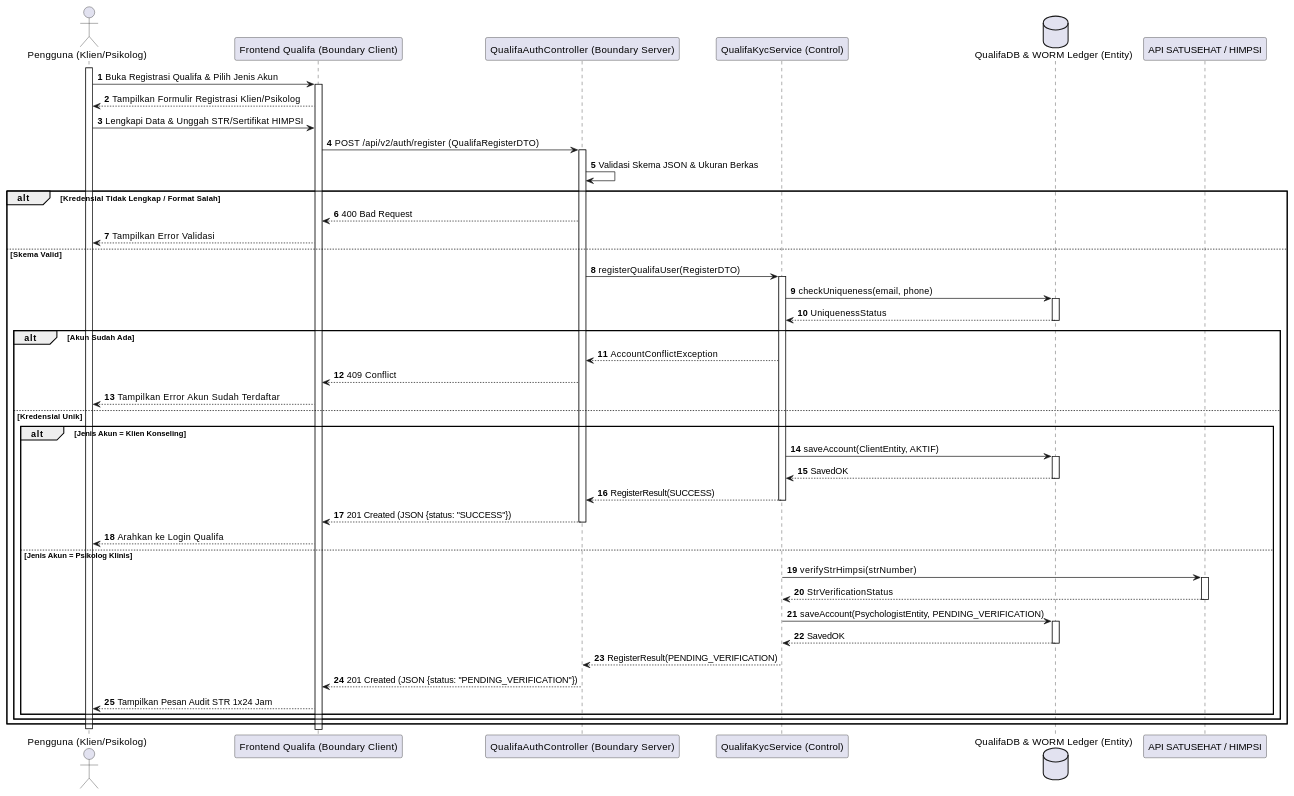
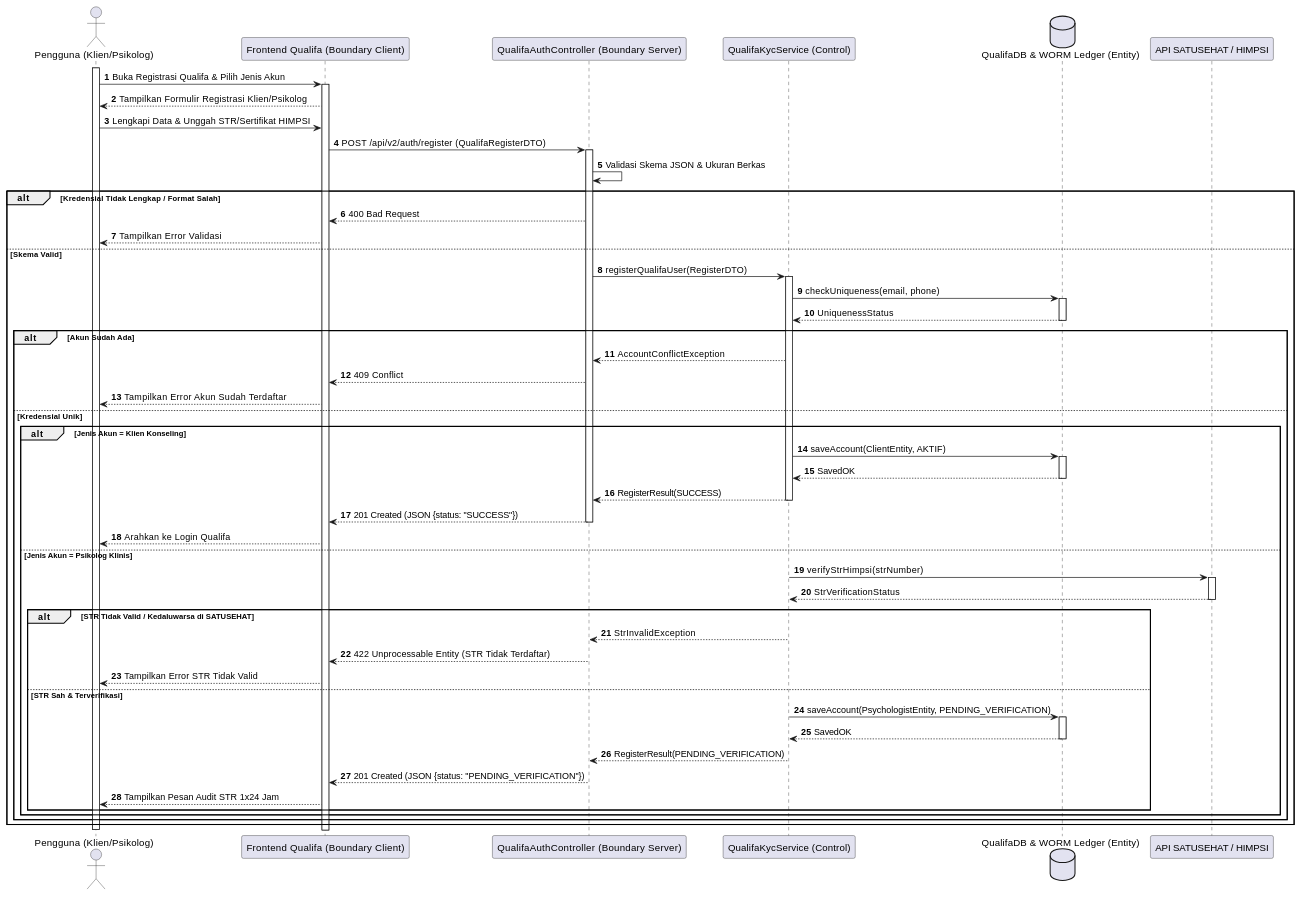
One commit to tupperwureism/SuperApp-Gagal changed diagram 17 of 28 in MarkDown/plantuml_sequence_diagrams.md. Above: the diagram before and after it, drawn with PlantUML. The commit also changed other lines of this file and 1 other file, not shown here.

Commit message:
feat(sequence-diagrams): achieve 100% 1-to-1 branch fidelity between Sequence Diagrams and Activity Diagrams with 5-Lifeline BCE

````diff
--- a/MarkDown/plantuml_sequence_diagrams.md
+++ b/MarkDown/plantuml_sequence_diagrams.md
@@ -679,50 +749,57 @@
 ```plantuml
 @startuml
 autonumber
 actor "Pengguna (Klien/Psikolog)" as User
 participant "Frontend Qualifa (Boundary Client)" as B_FE
 participant "QualifaAuthController (Boundary Server)" as B_BE
 participant "QualifaKycService (Control)" as C_Svc
 database "QualifaDB & WORM Ledger (Entity)" as E_DB
 participant "API SATUSEHAT / HIMPSI" as Ext
 
 activate User
 User -> B_FE ++ : Buka Registrasi Qualifa & Pilih Jenis Akun
 B_FE --> User : Tampilkan Formulir Registrasi Klien/Psikolog
 User -> B_FE : Lengkapi Data & Unggah STR/Sertifikat HIMPSI
 B_FE -> B_BE ++ : POST /api/v2/auth/register (QualifaRegisterDTO)
 B_BE -> B_BE : Validasi Skema JSON & Ukuran Berkas
 
 alt Kredensial Tidak Lengkap / Format Salah
     B_BE --> B_FE : 400 Bad Request
     B_FE --> User : Tampilkan Error Validasi
 else Skema Valid
     B_BE -> C_Svc ++ : registerQualifaUser(RegisterDTO)
     C_Svc -> E_DB ++ : checkUniqueness(email, phone)
     E_DB --> C_Svc -- : UniquenessStatus
 
     alt Akun Sudah Ada
         C_Svc --> B_BE : AccountConflictException
         B_BE --> B_FE : 409 Conflict
         B_FE --> User : Tampilkan Error Akun Sudah Terdaftar
     else Kredensial Unik
         alt Jenis Akun = Klien Konseling
             C_Svc -> E_DB ++ : saveAccount(ClientEntity, AKTIF)
             E_DB --> C_Svc -- : SavedOK
             C_Svc --> B_BE -- : RegisterResult(SUCCESS)
             B_BE --> B_FE -- : 201 Created (JSON {status: "SUCCESS"})
             B_FE --> User : Arahkan ke Login Qualifa
         else Jenis Akun = Psikolog Klinis
             C_Svc -> Ext ++ : verifyStrHimpsi(strNumber)
             Ext --> C_Svc -- : StrVerificationStatus
-            C_Svc -> E_DB ++ : saveAccount(PsychologistEntity, PENDING_VERIFICATION)
-            E_DB --> C_Svc -- : SavedOK
-            C_Svc --> B_BE -- : RegisterResult(PENDING_VERIFICATION)
-            B_BE --> B_FE -- : 201 Created (JSON {status: "PENDING_VERIFICATION"})
-            B_FE --> User : Tampilkan Pesan Audit STR 1x24 Jam
+
+            alt STR Tidak Valid / Kedaluwarsa di SATUSEHAT
+                C_Svc --> B_BE : StrInvalidException
+                B_BE --> B_FE : 422 Unprocessable Entity (STR Tidak Terdaftar)
+                B_FE --> User : Tampilkan Error STR Tidak Valid
+            else STR Sah & Terverifikasi
+                C_Svc -> E_DB ++ : saveAccount(PsychologistEntity, PENDING_VERIFICATION)
+                E_DB --> C_Svc -- : SavedOK
+                C_Svc --> B_BE -- : RegisterResult(PENDING_VERIFICATION)
+                B_BE --> B_FE -- : 201 Created (JSON {status: "PENDING_VERIFICATION"})
+                B_FE --> User : Tampilkan Pesan Audit STR 1x24 Jam
+            end
         end
     end
 end
 deactivate User
 @enduml
 ```
````
